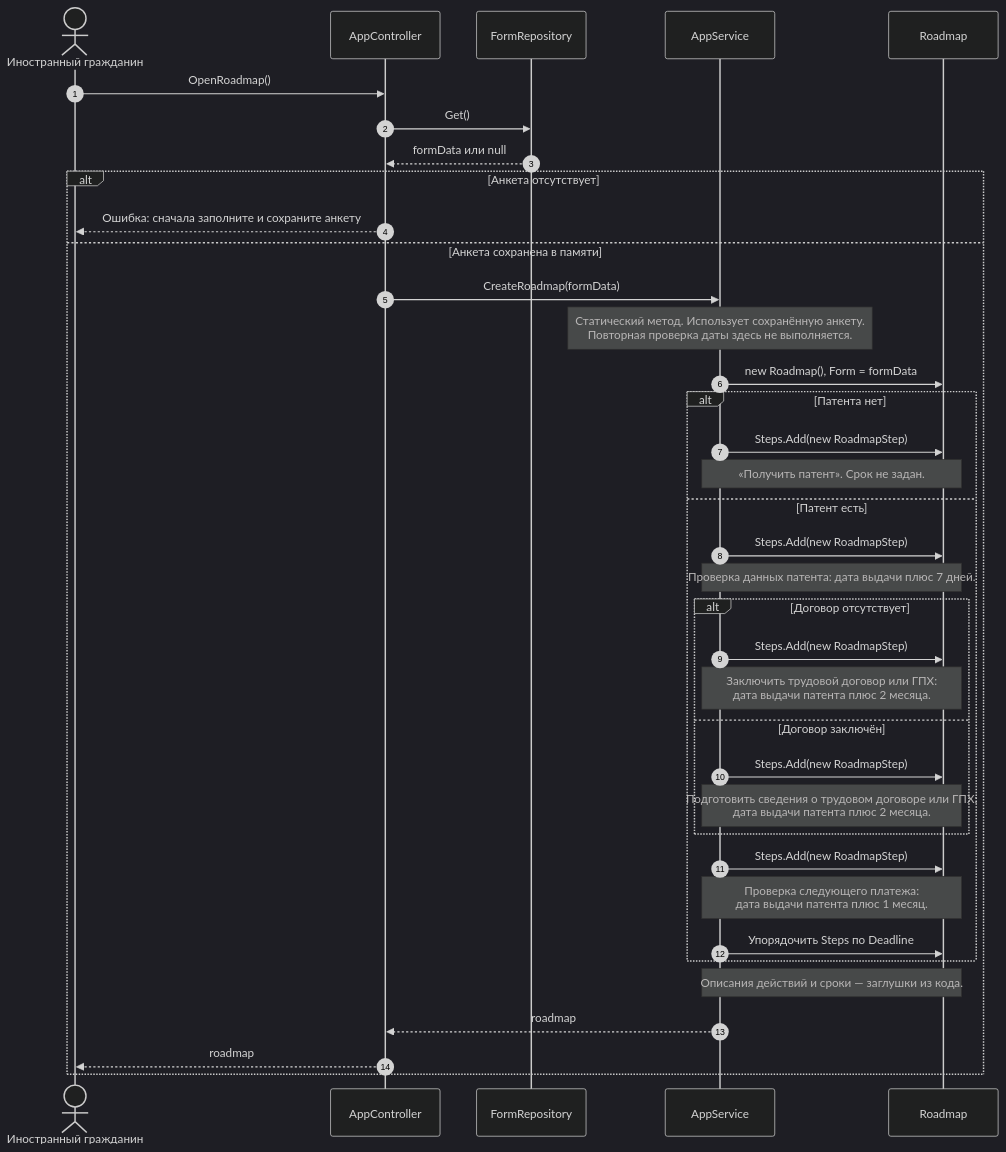
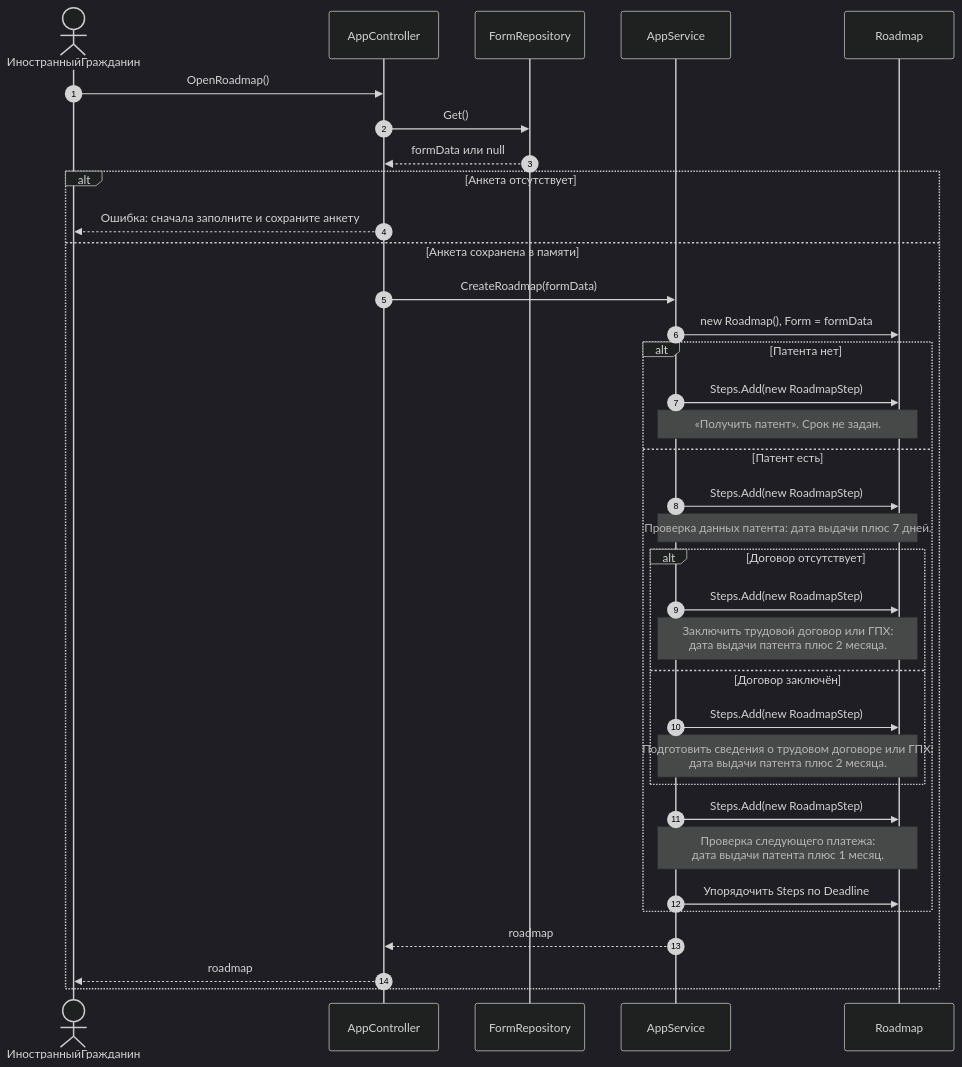
One commit to Edmorton1/peace changed the second of 2 diagrams in _docs/lab4.md. Above: the diagram before and after it, drawn with Mermaid (dark theme). The commit also changed other lines of this file, not shown here.

Commit message:
Ввести данные

````diff
--- a/_docs/lab4.md
+++ b/_docs/lab4.md
@@ -47,42 +40,40 @@
 ```mermaid
 sequenceDiagram
     autonumber
-    actor User as Иностранный гражданин
-    participant Controller as AppController
-    participant Repository as FormRepository
-    participant Service as AppService
-    participant Map as Roadmap
-    User->>Controller: OpenRoadmap()
-    Controller->>Repository: Get()
-    Repository-->>Controller: formData или null
+    actor ИностранныйГражданин
+    participant AppController
+    participant FormRepository
+    participant AppService
+    participant Roadmap
+    ИностранныйГражданин->>AppController: OpenRoadmap()
+    AppController->>FormRepository: Get()
+    FormRepository-->>AppController: formData или null
 
     alt Анкета отсутствует
-        Controller-->>User: Ошибка: сначала заполните и сохраните анкету
+        AppController-->>ИностранныйГражданин: Ошибка: сначала заполните и сохраните анкету
     else Анкета сохранена в памяти
-        Controller->>Service: CreateRoadmap(formData)
-        Note over Service: Статический метод. Использует сохранённую анкету.<br/>Повторная проверка даты здесь не выполняется.
-        Service->>Map: new Roadmap(), Form = formData
+        AppController->>AppService: CreateRoadmap(formData)
+        AppService->>Roadmap: new Roadmap(), Form = formData
 
         alt Патента нет
-            Service->>Map: Steps.Add(new RoadmapStep)
-            Note over Service,Map: «Получить патент». Срок не задан.
+            AppService->>Roadmap: Steps.Add(new RoadmapStep)
+            Note over AppService,Roadmap: «Получить патент». Срок не задан.
         else Патент есть
-            Service->>Map: Steps.Add(new RoadmapStep)
-            Note over Service,Map: Проверка данных патента: дата выдачи плюс 7 дней.
+            AppService->>Roadmap: Steps.Add(new RoadmapStep)
+            Note over AppService,Roadmap: Проверка данных патента: дата выдачи плюс 7 дней.
             alt Договор отсутствует
-                Service->>Map: Steps.Add(new RoadmapStep)
-                Note over Service,Map: Заключить трудовой договор или ГПХ:<br/>дата выдачи патента плюс 2 месяца.
+                AppService->>Roadmap: Steps.Add(new RoadmapStep)
+                Note over AppService,Roadmap: Заключить трудовой договор или ГПХ:<br/>дата выдачи патента плюс 2 месяца.
             else Договор заключён
-                Service->>Map: Steps.Add(new RoadmapStep)
-                Note over Service,Map: Подготовить сведения о трудовом договоре или ГПХ:<br/>дата выдачи патента плюс 2 месяца.
+                AppService->>Roadmap: Steps.Add(new RoadmapStep)
+                Note over AppService,Roadmap: Подготовить сведения о трудовом договоре или ГПХ:<br/>дата выдачи патента плюс 2 месяца.
             end
-            Service->>Map: Steps.Add(new RoadmapStep)
-            Note over Service,Map: Проверка следующего платежа:<br/>дата выдачи патента плюс 1 месяц.
-            Service->>Map: Упорядочить Steps по Deadline
+            AppService->>Roadmap: Steps.Add(new RoadmapStep)
+            Note over AppService,Roadmap: Проверка следующего платежа:<br/>дата выдачи патента плюс 1 месяц.
+            AppService->>Roadmap: Упорядочить Steps по Deadline
         end
 
-        Note over Service,Map: Описания действий и сроки — заглушки из кода.
-        Service-->>Controller: roadmap
-        Controller-->>User: roadmap
+        AppService-->>AppController: roadmap
+        AppController-->>ИностранныйГражданин: roadmap
     end
 ```
````
